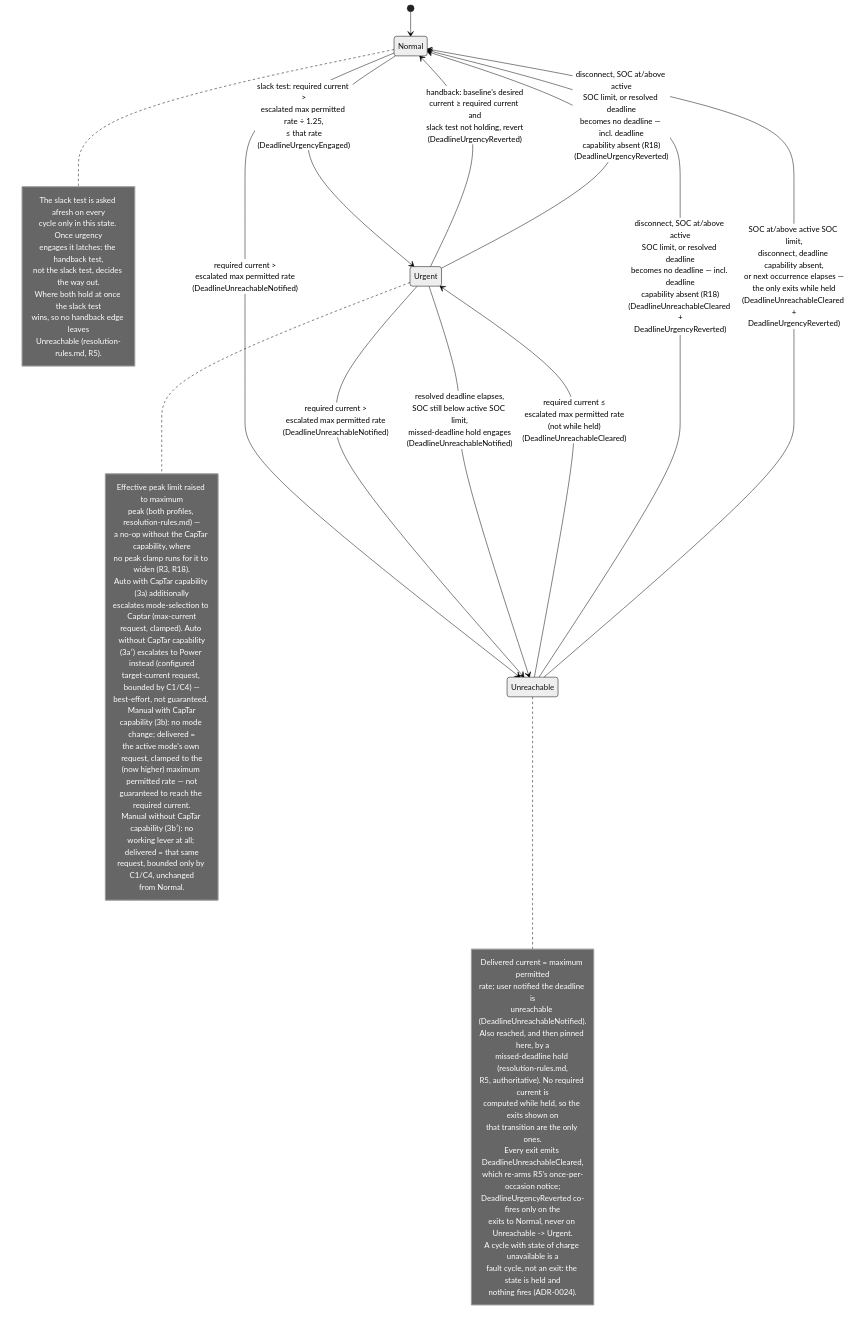
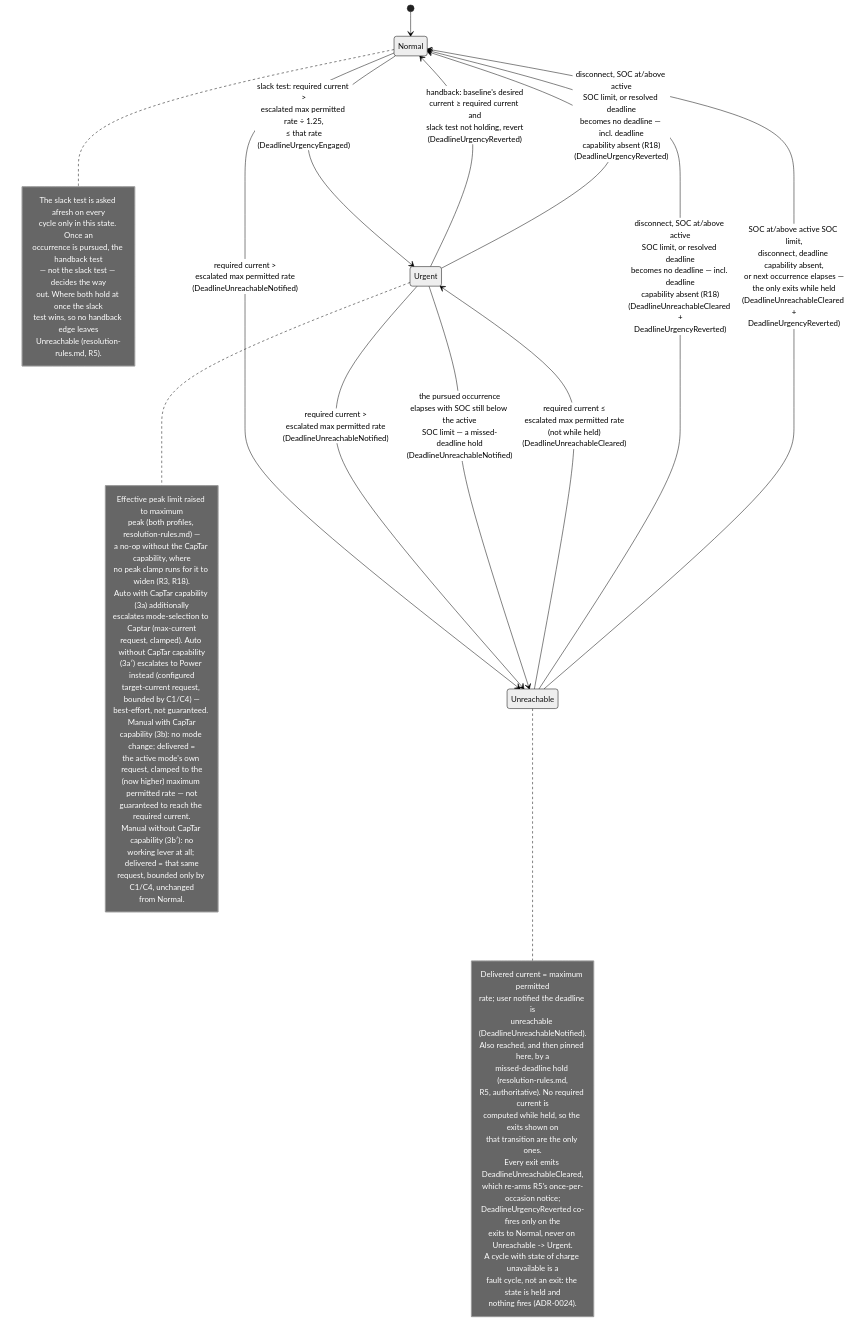
One commit to kristofdegrave/homeassistant-smart-charging changed the diagram in docs/analysis/use-cases/UC05-guarantee-ready-by-departure.md. Above: the diagram before and after it, drawn with Mermaid (neutral theme). The commit also changed other lines of this file and 6 other files, not shown here.

````diff
--- a/docs/analysis/use-cases/UC05-guarantee-ready-by-departure.md
+++ b/docs/analysis/use-cases/UC05-guarantee-ready-by-departure.md
@@ -111,59 +111,59 @@
 ```mermaid
 stateDiagram-v2
     [*] --> Normal
     Normal --> Urgent: slack test: required current ><br/>escalated max permitted rate ÷ 1.25,<br/>≤ that rate<br/>(DeadlineUrgencyEngaged)
     Normal --> Unreachable: required current ><br/>escalated max permitted rate<br/>(DeadlineUnreachableNotified)
     Urgent --> Normal: handback: baseline's desired<br/>current ≥ required current and<br/>slack test not holding, revert<br/>(DeadlineUrgencyReverted)
     Urgent --> Unreachable: required current ><br/>escalated max permitted rate<br/>(DeadlineUnreachableNotified)
-    Urgent --> Unreachable: resolved deadline elapses,<br/>SOC still below active SOC limit,<br/>missed-deadline hold engages<br/>(DeadlineUnreachableNotified)
+    Urgent --> Unreachable: the pursued occurrence<br/>elapses with SOC still below the active<br/>SOC limit — a missed-deadline hold<br/>(DeadlineUnreachableNotified)
     Urgent --> Normal: disconnect, SOC at/above active<br/>SOC limit, or resolved deadline<br/>becomes no deadline — incl. deadline<br/>capability absent (R18)<br/>(DeadlineUrgencyReverted)
     Unreachable --> Urgent: required current ≤<br/>escalated max permitted rate<br/>(not while held)<br/>(DeadlineUnreachableCleared)
     Unreachable --> Normal: disconnect, SOC at/above active<br/>SOC limit, or resolved deadline<br/>becomes no deadline — incl. deadline<br/>capability absent (R18)<br/>(DeadlineUnreachableCleared +<br/>DeadlineUrgencyReverted)
     Unreachable --> Normal: SOC at/above active SOC limit,<br/>disconnect, deadline capability absent,<br/>or next occurrence elapses —<br/>the only exits while held<br/>(DeadlineUnreachableCleared +<br/>DeadlineUrgencyReverted)
     note right of Normal
         The slack test is asked afresh on every
-        cycle only in this state. Once urgency
-        engages it latches: the handback test,
-        not the slack test, decides the way out.
-        Where both hold at once the slack test
-        wins, so no handback edge leaves
+        cycle only in this state. Once an
+        occurrence is pursued, the handback test
+        — not the slack test — decides the way
+        out. Where both hold at once the slack
+        test wins, so no handback edge leaves
         Unreachable (resolution-rules.md, R5).
     end note
     note right of Urgent
         Effective peak limit raised to maximum
         peak (both profiles, resolution-rules.md) —
         a no-op without the CapTar capability, where
         no peak clamp runs for it to widen (R3, R18).
         Auto with CapTar capability (3a) additionally
         escalates mode-selection to Captar (max-current
         request, clamped). Auto without CapTar capability
         (3a′) escalates to Power instead (configured
         target-current request, bounded by C1/C4) —
         best-effort, not guaranteed. Manual with CapTar
         capability (3b): no mode change; delivered =
         the active mode's own request, clamped to the
         (now higher) maximum permitted rate — not
         guaranteed to reach the required current.
         Manual without CapTar capability (3b′): no
         working lever at all; delivered = that same
         request, bounded only by C1/C4, unchanged
         from Normal.
     end note
     note right of Unreachable
         Delivered current = maximum permitted
         rate; user notified the deadline is
         unreachable (DeadlineUnreachableNotified).
         Also reached, and then pinned here, by a
         missed-deadline hold (resolution-rules.md,
         R5, authoritative). No required current is
         computed while held, so the exits shown on
         that transition are the only ones.
         Every exit emits DeadlineUnreachableCleared,
         which re-arms R5's once-per-occasion notice;
         DeadlineUrgencyReverted co-fires only on the
         exits to Normal, never on Unreachable -> Urgent.
         A cycle with state of charge unavailable is a
         fault cycle, not an exit: the state is held and
         nothing fires (ADR-0024).
     end note
 ```
````
